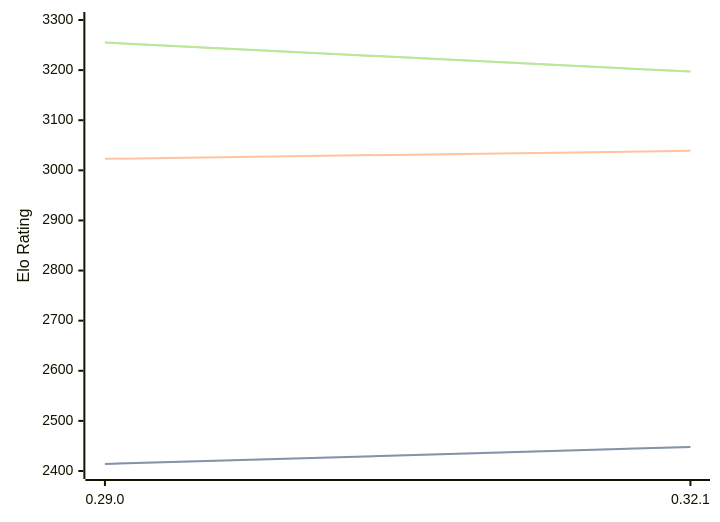
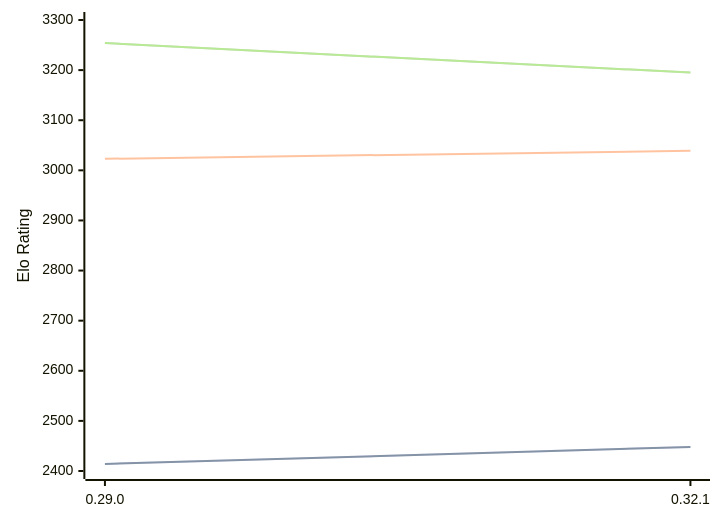
The diagram in engines/Lc0.md (computer-chess-index/cci), drawn with Mermaid before and after one commit. The commit also changed other lines of this file, not shown here.

Commit message:
Update CCI Ratings (ELO VLTC) - 2026-03-22

````diff
--- a/engines/Lc0.md
+++ b/engines/Lc0.md
@@ -68,11 +68,11 @@
 ```mermaid
 %%{init: {"theme":"base","themeVariables":{"seriesColors:['#a3a3a3','#222221','#faa371']}}}%%
 xychart-beta
   x-axis ["0.29.0", "0.32.1"]
   y-axis "Elo Rating" 2400 --> 3300
   line "STC (8.0+0.08s)" [2414, 2448]
   line "STC (8.0+0.08s)" [2414, 2448]
   line "LTC (60.0+0.60s)" [3023, 3039]
-  line "VLTC (2m24s+1.12s)" [3255, 3197]
-  line "VLTC (2m24s+1.12s)" [3255, 3197]
+  line "VLTC (2m24s+1.12s)" [3254, 3195]
+  line "VLTC (2m24s+1.12s)" [3254, 3195]
 ```
````
